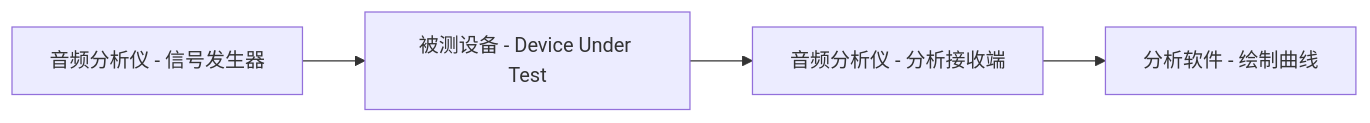
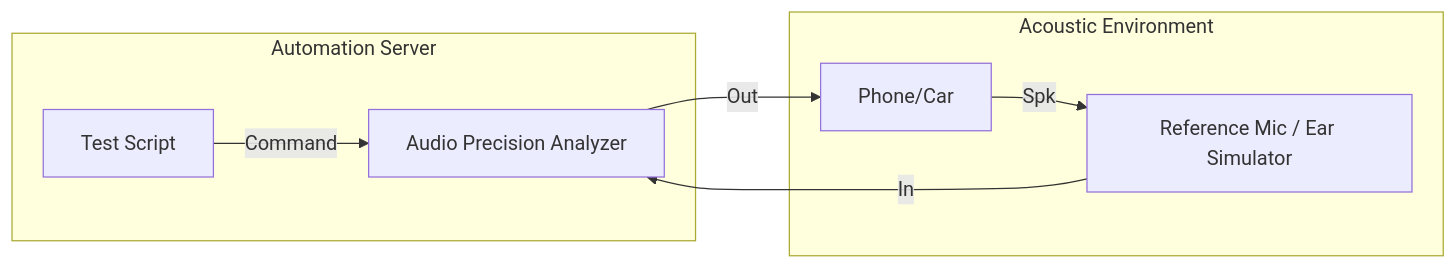
The diagram in 08-Testing-Quality-Standard/01-Objective-Metrics.md (Sunliming001/awesome-audio-knowledge), drawn with Mermaid before and after one commit. The commit also changed other lines of this file and 1 other file, not shown here.

````diff
--- a/08-Testing-Quality-Standard/01-Objective-Metrics.md
+++ b/08-Testing-Quality-Standard/01-Objective-Metrics.md
@@ -31,6 +42,12 @@
 ```mermaid
 graph LR
-    Generator[音频分析仪 - 信号发生器] --> DUT[被测设备 - Device Under Test]
-    DUT --> Analyzer[音频分析仪 - 分析接收端]
-    Analyzer --> Computer[分析软件 - 绘制曲线]
+    subgraph "Automation Server"
+        Python[Test Script] -- Command --> AP[Audio Precision Analyzer]
+    end
+    
+    subgraph "Acoustic Environment"
+        AP -- Out --> DUT[Phone/Car]
+        DUT -- Spk --> Mic[Reference Mic / Ear Simulator]
+        Mic -- In --> AP
+    end
 ```
````
